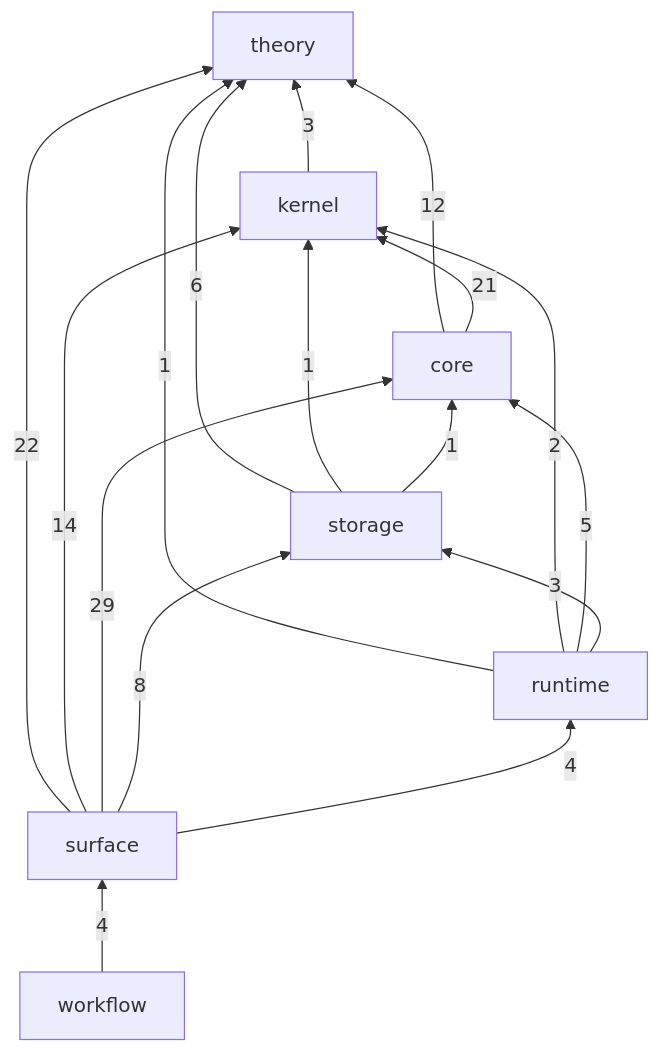
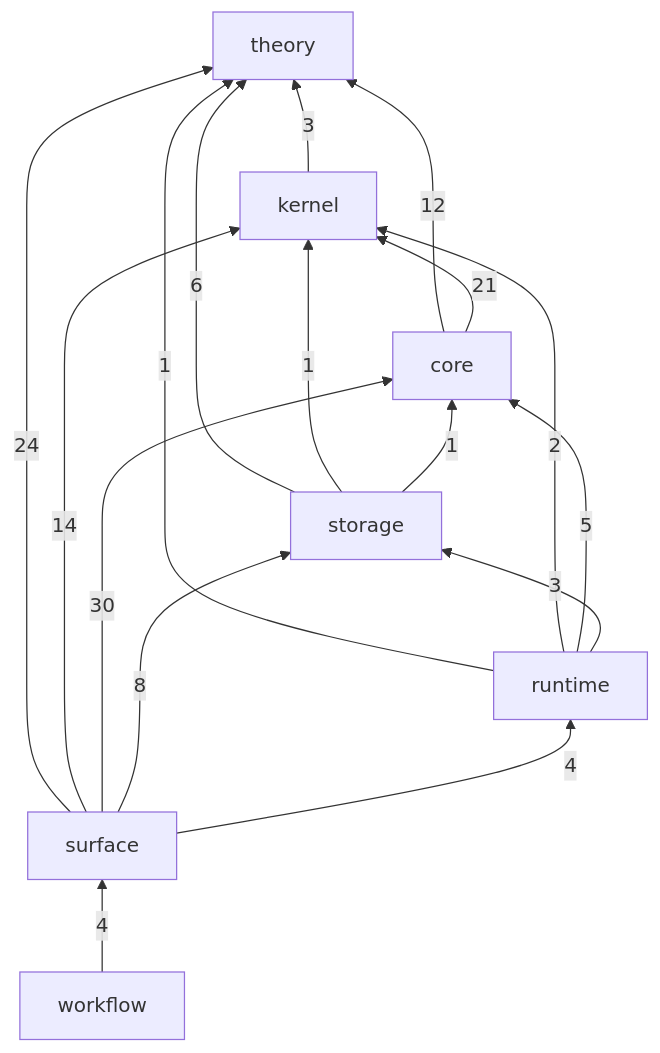
Before and after one commit to gandr-lang/gandr: the diagram in ledger/README.md, drawn with Mermaid. The commit also changed 34 other files, not shown here.

````diff
--- a/ledger/README.md
+++ b/ledger/README.md
@@ -28,26 +28,26 @@
 ```mermaid
 flowchart BT
   theory
   kernel
   core
   storage
   runtime
   surface
   workflow
   kernel -->|3| theory
   core -->|12| theory
   core -->|21| kernel
   storage -->|6| theory
   storage -->|1| kernel
   storage -->|1| core
   runtime -->|1| theory
   runtime -->|2| kernel
   runtime -->|5| core
   runtime -->|3| storage
-  surface -->|22| theory
+  surface -->|24| theory
   surface -->|14| kernel
-  surface -->|29| core
+  surface -->|30| core
   surface -->|8| storage
   surface -->|4| runtime
   workflow -->|4| surface
 ```
````
